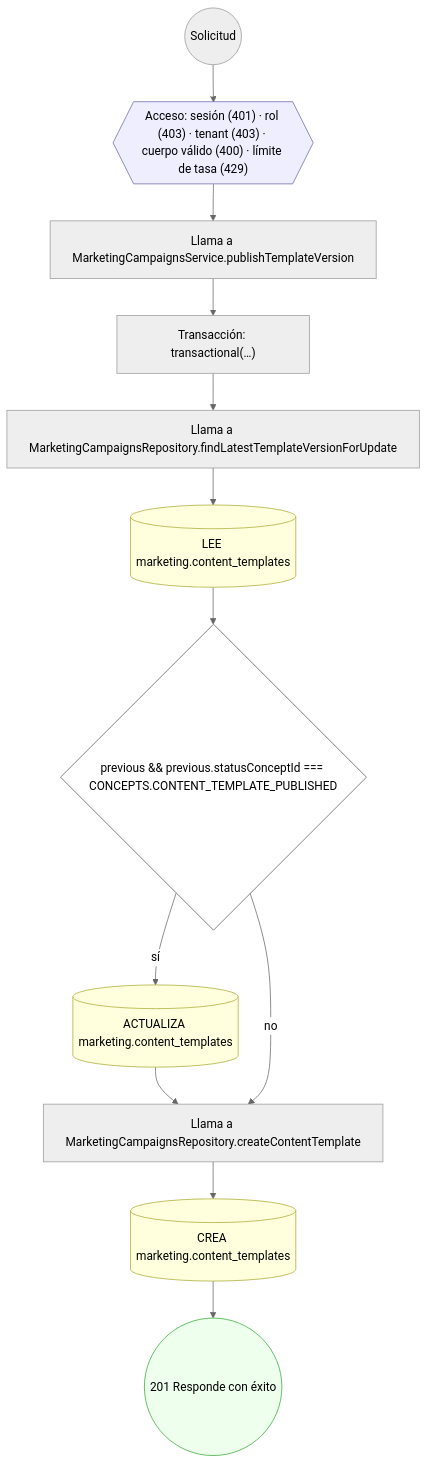
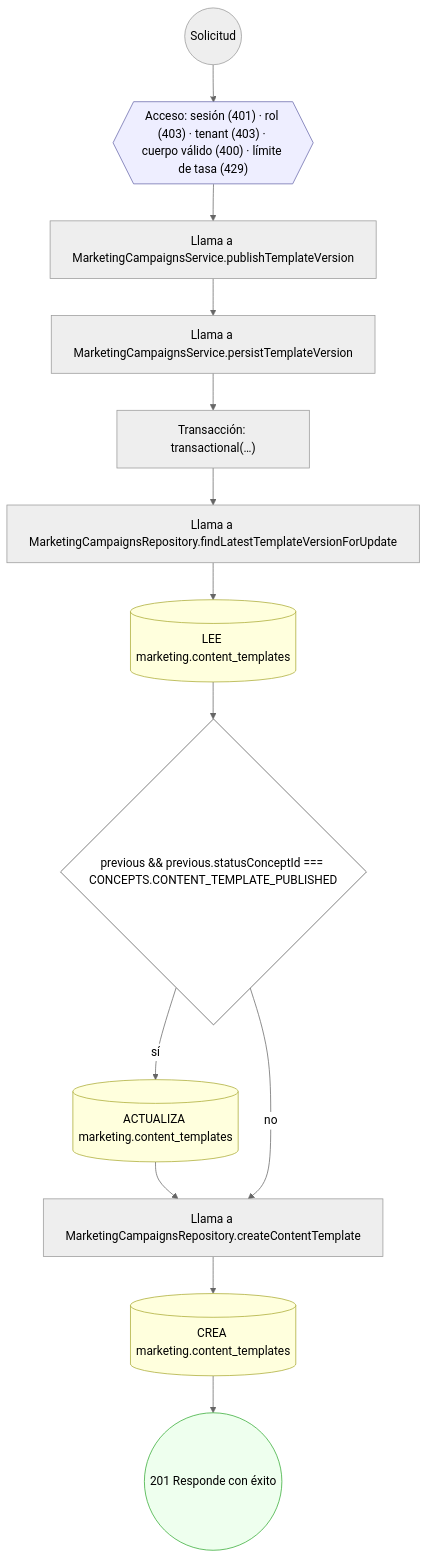
One commit to mdavila-2001/mantra-core-health-api changed the fifth of 16 diagrams in docs/inventario/flujos/marketing.md. Above: the diagram before and after it, drawn with Mermaid (neutral theme). The commit also changed other lines of this file and 438 other files, not shown here.

````diff
--- a/docs/inventario/flujos/marketing.md
+++ b/docs/inventario/flujos/marketing.md
@@ -399,31 +425,33 @@
 ```mermaid
 flowchart TD
   n1(("Solicitud")):::inicio
   n2{{"Acceso: sesión (401) · rol (403) · tenant (403) · cuerpo válido (400) · límite de tasa (429)"}}:::acceso
   n1 --> n2
   n3["Llama a MarketingCampaignsService.publishTemplateVersion"]:::llamada
   n2 --> n3
-  n4["Transacción: transactional(…)"]:::transaccion
+  n4["Llama a MarketingCampaignsService.persistTemplateVersion"]:::llamada
   n3 --> n4
-  n5["Llama a MarketingCampaignsRepository.findLatestTemplateVersionForUpdate"]:::llamada
+  n5["Transacción: transactional(…)"]:::transaccion
   n4 --> n5
-  n6[("LEE marketing.content_templates")]:::efecto
+  n6["Llama a MarketingCampaignsRepository.findLatestTemplateVersionForUpdate"]:::llamada
   n5 --> n6
-  n7{"previous && previous.statusConceptId === CONCEPTS.CONTENT_TEMPLATE_PUBLISHED"}:::decision
+  n7[("LEE marketing.content_templates")]:::efecto
   n6 --> n7
-  n8[("ACTUALIZA marketing.content_templates")]:::efecto
-  n7 -->|"sí"| n8
-  n9["Llama a MarketingCampaignsRepository.createContentTemplate"]:::llamada
-  n8 --> n9
-  n7 -->|"no"| n9
-  n10[("CREA marketing.content_templates")]:::efecto
+  n8{"previous && previous.statusConceptId === CONCEPTS.CONTENT_TEMPLATE_PUBLISHED"}:::decision
+  n7 --> n8
+  n9[("ACTUALIZA marketing.content_templates")]:::efecto
+  n8 -->|"sí"| n9
+  n10["Llama a MarketingCampaignsRepository.createContentTemplate"]:::llamada
   n9 --> n10
-  n11(("201 Responde con éxito")):::ok
+  n8 -->|"no"| n10
+  n11[("CREA marketing.content_templates")]:::efecto
   n10 --> n11
+  n12(("201 Responde con éxito")):::ok
+  n11 --> n12
   classDef acceso fill:#eef,stroke:#66a
   classDef error fill:#fee,stroke:#c33
   classDef ok fill:#efe,stroke:#3a3
   classDef efecto fill:#ffd,stroke:#aa3
   classDef decision fill:#fff,stroke:#555
   classDef corte fill:#eee,stroke:#999,stroke-dasharray: 4
 ```
````
